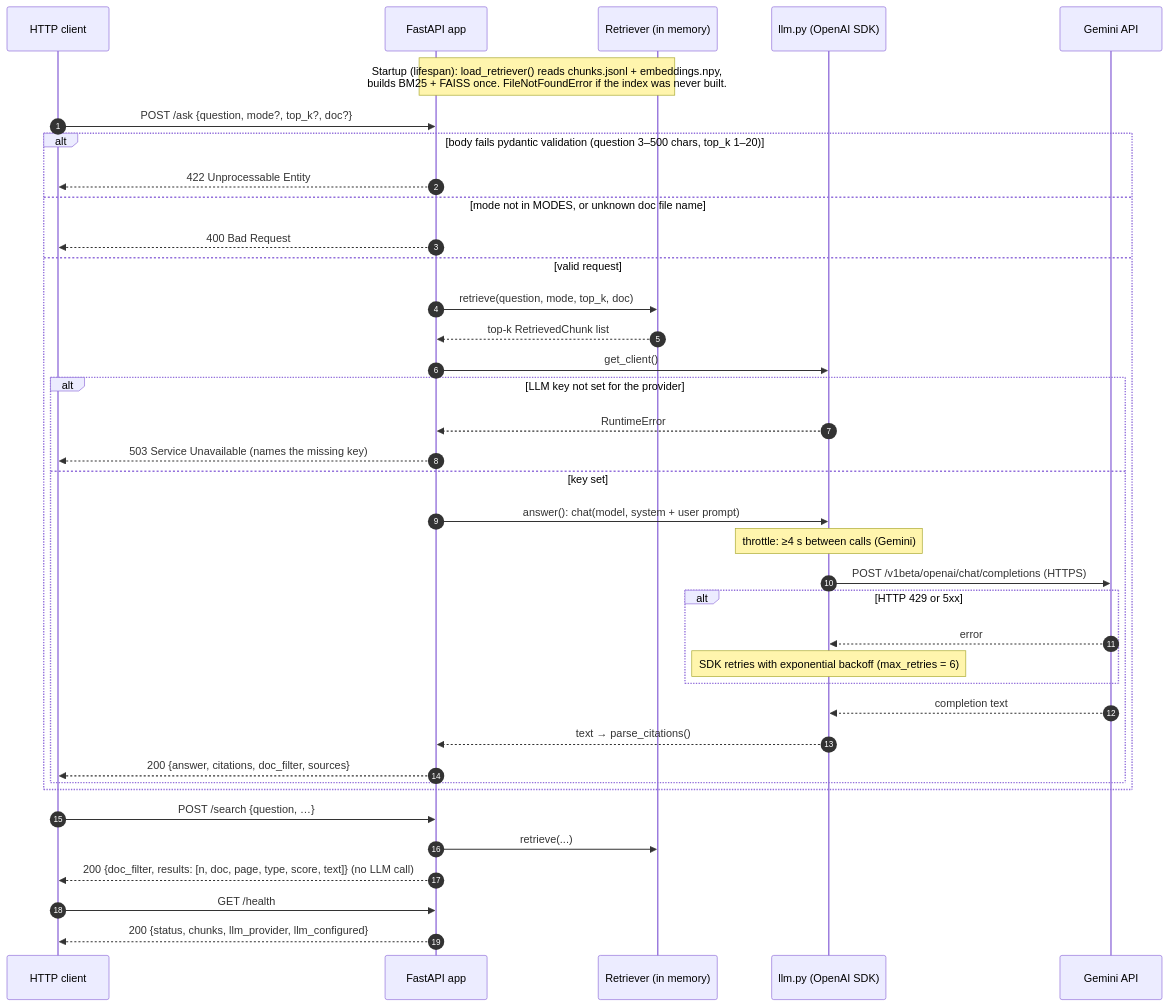
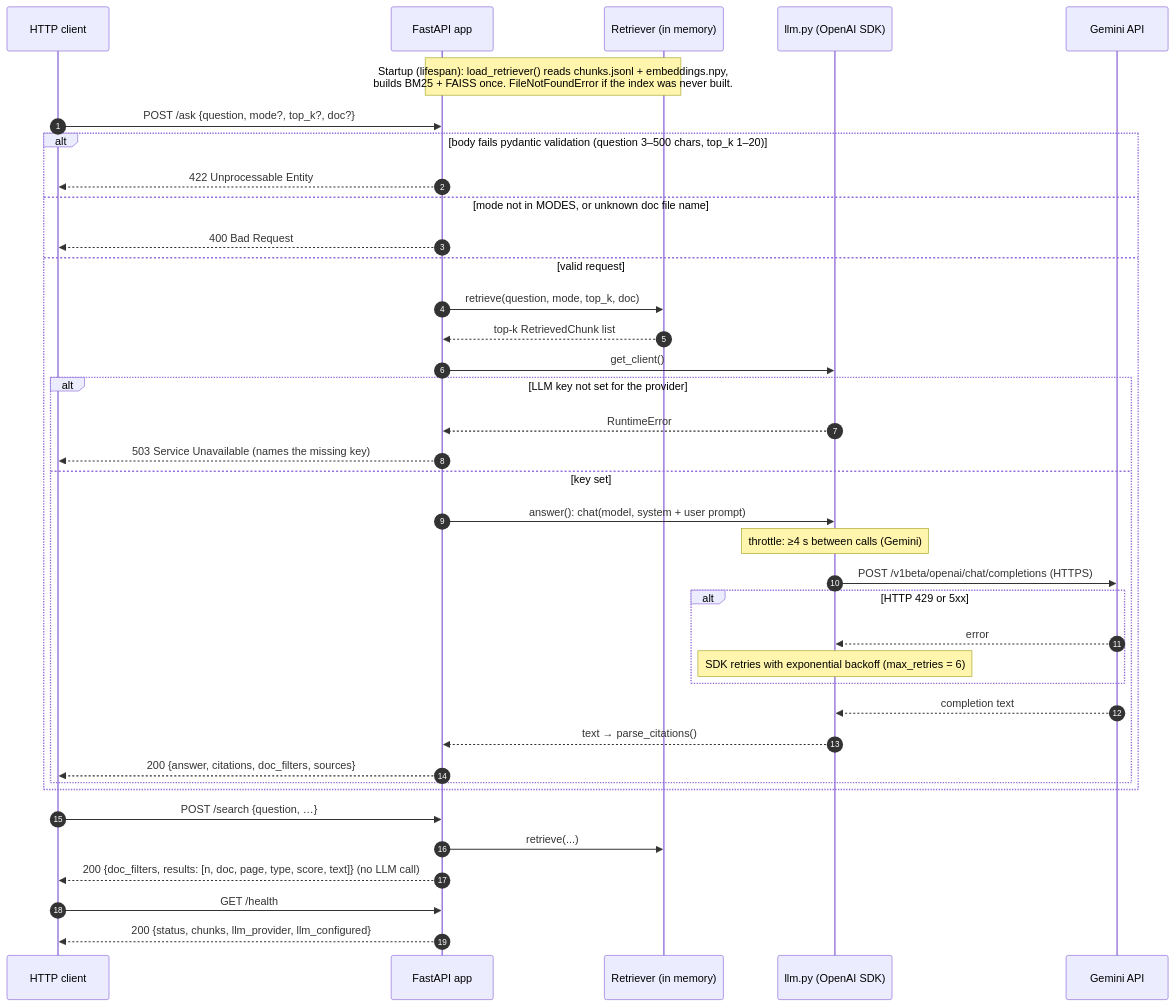
One commit to KSJanjua/finrag changed the diagram in docs/architecture/04-api-sequence.mmd. Above: the diagram before and after it, drawn with Mermaid. The commit also changed 25 other files, not shown here.

```diff
--- a/docs/architecture/04-api-sequence.mmd
+++ b/docs/architecture/04-api-sequence.mmd
@@ -1,44 +1,44 @@
 %% 04 · REST API: request/response flow with error paths.
 %% Source of truth: src/finrag/api.py, retriever.py, llm.py, generate.py
 sequenceDiagram
     autonumber
     participant C as HTTP client
     participant A as FastAPI app
     participant R as Retriever (in memory)
     participant L as llm.py (OpenAI SDK)
     participant G as Gemini API
 
     Note over A,R: Startup (lifespan): load_retriever() reads chunks.jsonl + embeddings.npy,<br/>builds BM25 + FAISS once. FileNotFoundError if the index was never built.
 
     C->>A: POST /ask {question, mode?, top_k?, doc?}
     alt body fails pydantic validation (question 3–500 chars, top_k 1–20)
         A-->>C: 422 Unprocessable Entity
     else mode not in MODES, or unknown doc file name
         A-->>C: 400 Bad Request
     else valid request
         A->>R: retrieve(question, mode, top_k, doc)
         R-->>A: top-k RetrievedChunk list
         A->>L: get_client()
         alt LLM key not set for the provider
             L-->>A: RuntimeError
             A-->>C: 503 Service Unavailable (names the missing key)
         else key set
             A->>L: answer(): chat(model, system + user prompt)
             Note over L: throttle: ≥4 s between calls (Gemini)
             L->>G: POST /v1beta/openai/chat/completions (HTTPS)
             alt HTTP 429 or 5xx
                 G-->>L: error
                 Note over L: SDK retries with exponential backoff (max_retries = 6)
             end
             G-->>L: completion text
             L-->>A: text → parse_citations()
-            A-->>C: 200 {answer, citations, doc_filter, sources}
+            A-->>C: 200 {answer, citations, doc_filters, sources}
         end
     end
 
     C->>A: POST /search {question, …}
     A->>R: retrieve(...)
-    A-->>C: 200 {doc_filter, results: [n, doc, page, type, score, text]}  (no LLM call)
+    A-->>C: 200 {doc_filters, results: [n, doc, page, type, score, text]}  (no LLM call)
 
     C->>A: GET /health
     A-->>C: 200 {status, chunks, llm_provider, llm_configured}
```
